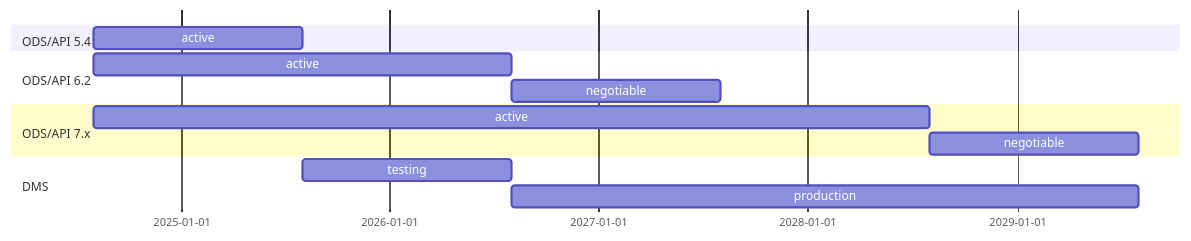
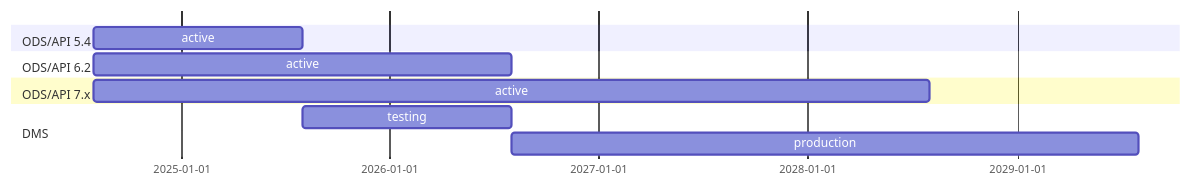
The first of 2 diagrams in FAQ.md (Ed-Fi-Alliance-OSS/Project-Tanager), drawn with Mermaid before and after one commit. The commit also changed other lines of this file, not shown here.

````diff
--- a/FAQ.md
+++ b/FAQ.md
@@ -15,18 +16,16 @@
 ```mermaid
 gantt
     dateFormat  YYYY-MM
     section ODS/API 5.4
         active :a1, 2024-08, 1y
 
     section ODS/API 6.2
         active :a2, 2024-08, 2y
-        negotiable :after a2 2026-08, 1y
 
     section ODS/API 7.x
         active :a3, 2024-08, 4y
-        negotiable :after a3, 2028-08, 1y
 
     section DMS
         testing :a4, 2025-08, 1y
         production :after a4, 2026-08, 3y
 ```
````
